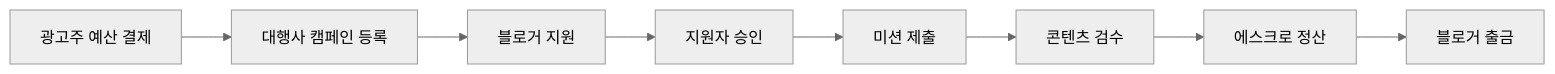
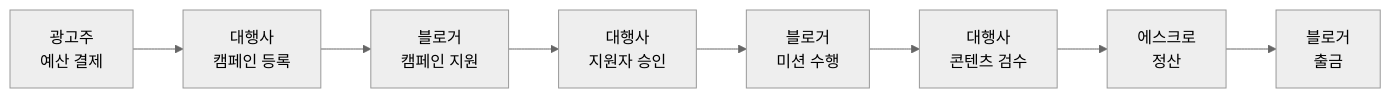
Before and after one commit to Dev-SangWoo/Pacto-frontend-v2: the first of 5 diagrams in README.md, drawn with Mermaid (neutral theme). The commit also changed other lines of this file, not shown here.

````diff
--- a/README.md
+++ b/README.md
@@ -15,10 +33,10 @@
 ```mermaid
 flowchart LR
-  A[광고주 예산 결제] --> B[대행사 캠페인 등록]
-  B --> C[블로거 지원]
-  C --> D[지원자 승인]
-  D --> E[미션 제출]
-  E --> F[콘텐츠 검수]
-  F --> G[에스크로 정산]
-  G --> H[블로거 출금]
+    A[광고주<br/>예산 결제] --> B[대행사<br/>캠페인 등록]
+    B --> C[블로거<br/>캠페인 지원]
+    C --> D[대행사<br/>지원자 승인]
+    D --> E[블로거<br/>미션 수행]
+    E --> F[대행사<br/>콘텐츠 검수]
+    F --> G[에스크로<br/>정산]
+    G --> H[블로거<br/>출금]
 ```
````
